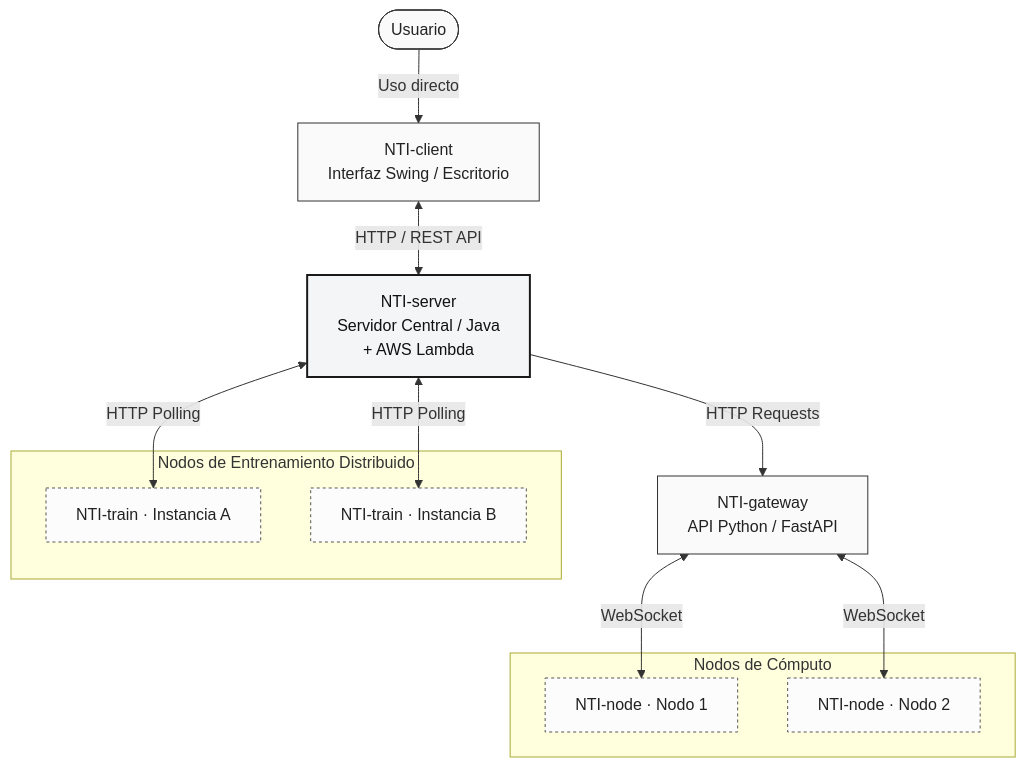
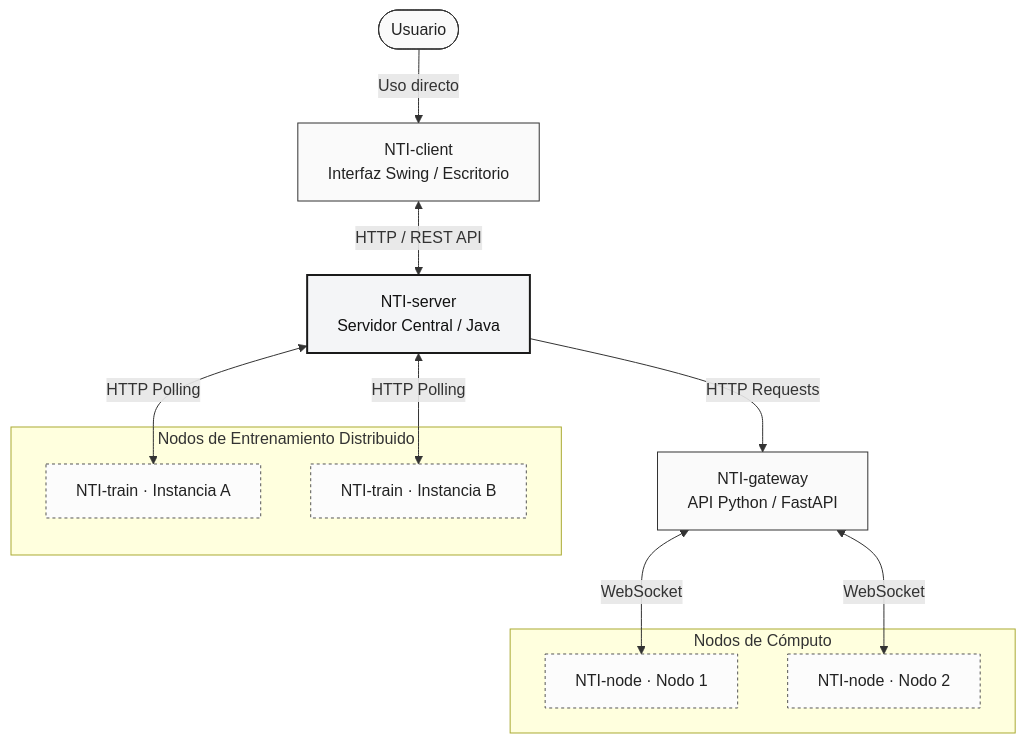
The diagram in profile/README.md (FrefLabs/.github), drawn with Mermaid before and after one commit. The commit also changed other lines of this file, not shown here.

Commit message:
docs: remove incorrect AWS Lambda references

````diff
--- a/profile/README.md
+++ b/profile/README.md
@@ -51,35 +51,35 @@
 ```mermaid
 flowchart TD
   %% Definición de Nodos principales
   User([Usuario])
   Client[NTI-client<br/>Interfaz Swing / Escritorio]
-  Server[NTI-server<br/>Servidor Central / Java<br/>+ AWS Lambda]
+  Server[NTI-server<br/>Servidor Central / Java]
   Gateway[NTI-gateway<br/>API Python / FastAPI]
 
   %% Subgrafica para denotar el paralelismo de los trabajadores
   subgraph Cluster_Train [Nodos de Entrenamiento Distribuido]
     TrainA[NTI-train · Instancia A]
     TrainB[NTI-train · Instancia B]
   end
 
   subgraph Cluster_Nodes [Nodos de Cómputo]
     NodeA[NTI-node · Nodo 1]
     NodeB[NTI-node · Nodo 2]
   end
 
   %% Conexiones y Flujos de Comunicación
   User -->|Uso directo| Client
   Client <-->|HTTP / REST API| Server
   Server -->|HTTP Requests| Gateway
   Server <-->|HTTP Polling| TrainA
   Server <-->|HTTP Polling| TrainB
   Gateway <-->|WebSocket| NodeA
   Gateway <-->|WebSocket| NodeB
 
   classDef default fill:#fafafa,stroke:#333,stroke-width:1px,color:#222;
   classDef highlight fill:#f4f5f7,stroke:#1a1a1a,stroke-width:2px,color:#111;
   classDef worker fill:#fcfcfc,stroke:#555,stroke-dasharray: 3 3;
 
   class Server highlight;
   class TrainA,TrainB,NodeA,NodeB worker;
 ```
````
